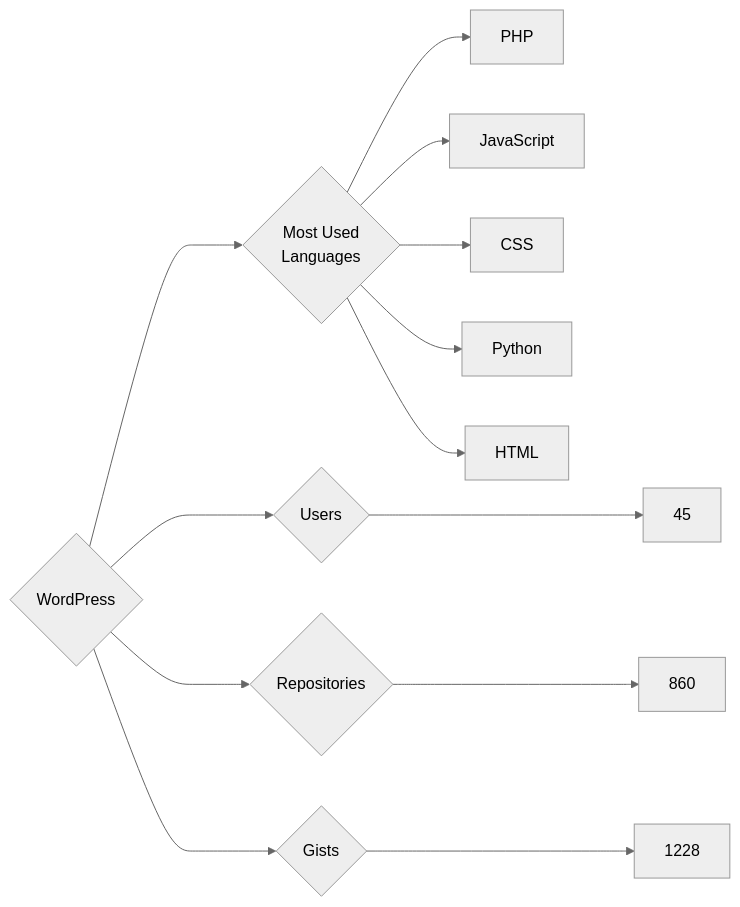
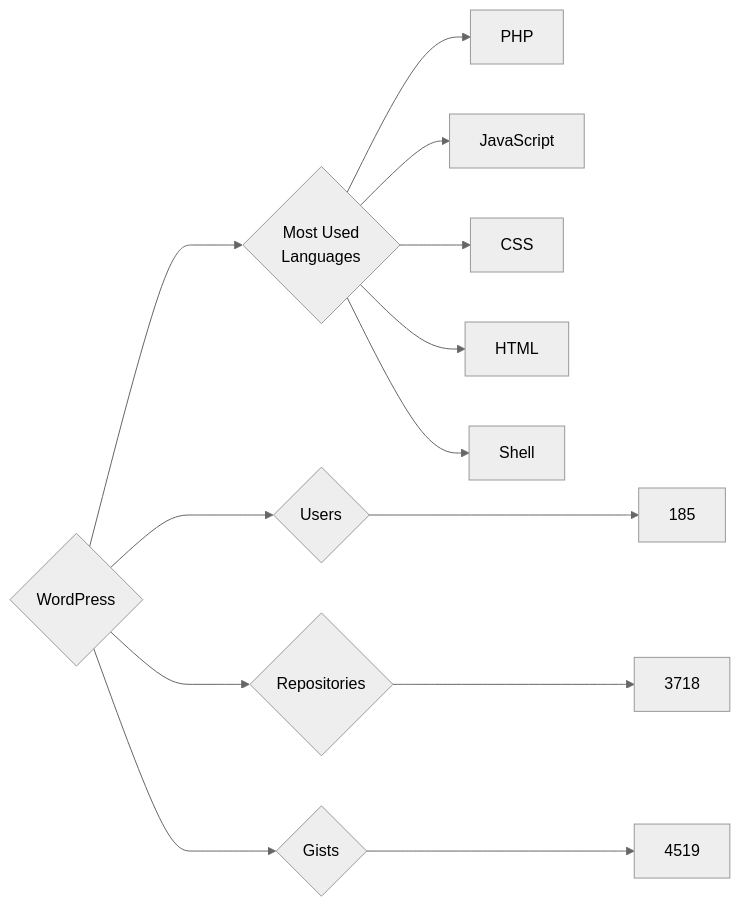
The diagram in targets/WordPress/README.md (trickest/insiders), drawn with Mermaid (neutral theme) before and after one commit. The commit also changed 969 other files, not shown here.

````diff
--- a/targets/WordPress/README.md
+++ b/targets/WordPress/README.md
@@ -3,13 +3,13 @@
 ```mermaid
 graph LR
 COMPANY_NAME{WordPress}
-COMPANY_NAME ---> U{Users} ---> UN[45]
-COMPANY_NAME ---> R{Repositories} ---> RN[860]
-COMPANY_NAME ---> G{Gists} ---> GN[1228]
+COMPANY_NAME ---> U{Users} ---> UN[185]
+COMPANY_NAME ---> R{Repositories} ---> RN[3718]
+COMPANY_NAME ---> G{Gists} ---> GN[4519]
 COMPANY_NAME ---> ML{Most Used<br>Languages}
 ML --> PHP[PHP]
 ML --> JavaScript[JavaScript]
 ML --> CSS[CSS]
-ML --> Python[Python]
 ML --> HTML[HTML]
+ML --> Shell[Shell]
 ```
````
